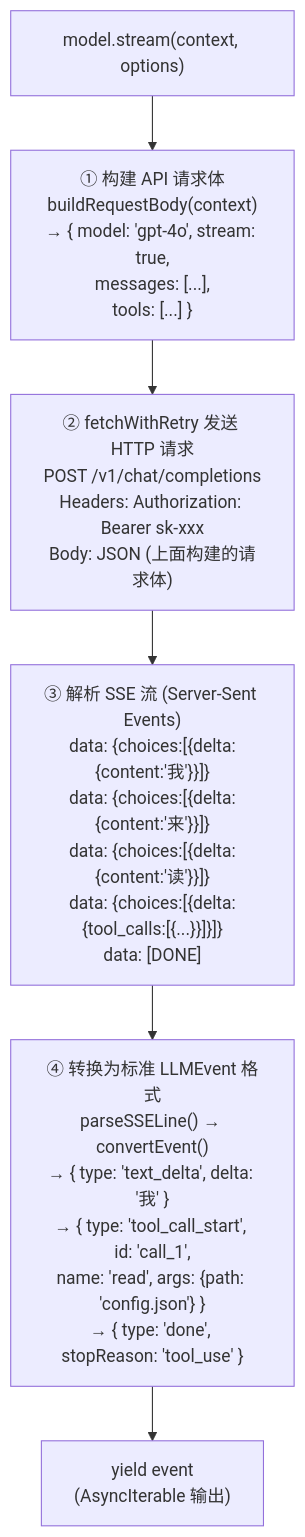
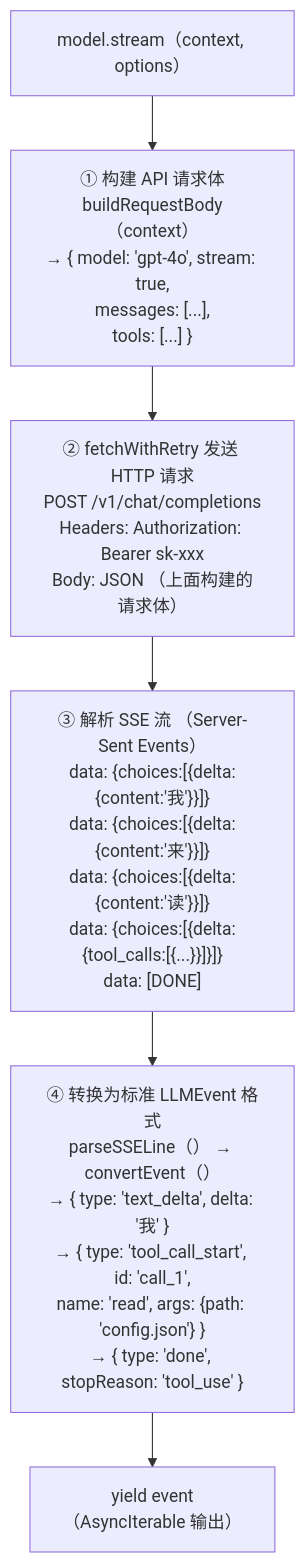
The fifth of 12 diagrams in docs/09-putting-it-together/02-end-to-end-flow.md (KNeegcyao/my-easy-pi), drawn with Mermaid before and after one commit. The commit also changed other lines of this file and 25 other files, not shown here.

First line of the commit message:
fix: 修复 Mermaid 图表语法错误

````diff
--- a/docs/09-putting-it-together/02-end-to-end-flow.md
+++ b/docs/09-putting-it-together/02-end-to-end-flow.md
@@ -208,8 +208,8 @@
 ```mermaid
 flowchart TD
-    Start["model.stream(context, options)"] --> BuildBody["① 构建 API 请求体<br/>buildRequestBody(context)<br/>→ { model: 'gpt-4o', stream: true,<br/>messages: [...],<br/>tools: [...] }"]
-    BuildBody --> Fetch["② fetchWithRetry 发送 HTTP 请求<br/>POST /v1/chat/completions<br/>Headers: Authorization: Bearer sk-xxx<br/>Body: JSON (上面构建的请求体)"]
-    Fetch --> ParseSSE["③ 解析 SSE 流 (Server-Sent Events)<br/>data: {choices:[{delta:{content:'我'}}]}<br/>data: {choices:[{delta:{content:'来'}}]}<br/>data: {choices:[{delta:{content:'读'}}]}<br/>data: {choices:[{delta:{tool_calls:[{...}}]}]}<br/>data: [DONE]"]
-    ParseSSE --> ConvertEvent["④ 转换为标准 LLMEvent 格式<br/>parseSSELine() → convertEvent()<br/>→ { type: 'text_delta', delta: '我' }<br/>→ { type: 'tool_call_start', id: 'call_1',<br/>name: 'read', args: {path: 'config.json'} }<br/>→ { type: 'done', stopReason: 'tool_use' }"]
-    ConvertEvent --> Yield["yield event<br/>(AsyncIterable 输出)"]
+    Start["model.stream（context, options）"] --> BuildBody["① 构建 API 请求体<br/>buildRequestBody（context）<br/>→ { model: 'gpt-4o', stream: true,<br/>messages: [...],<br/>tools: [...] }"]
+    BuildBody --> Fetch["② fetchWithRetry 发送 HTTP 请求<br/>POST /v1/chat/completions<br/>Headers: Authorization: Bearer sk-xxx<br/>Body: JSON （上面构建的请求体）"]
+    Fetch --> ParseSSE["③ 解析 SSE 流 （Server-Sent Events）<br/>data: {choices:[{delta:{content:'我'}}]}<br/>data: {choices:[{delta:{content:'来'}}]}<br/>data: {choices:[{delta:{content:'读'}}]}<br/>data: {choices:[{delta:{tool_calls:[{...}}]}]}<br/>data: [DONE]"]
+    ParseSSE --> ConvertEvent["④ 转换为标准 LLMEvent 格式<br/>parseSSELine（） → convertEvent（）<br/>→ { type: 'text_delta', delta: '我' }<br/>→ { type: 'tool_call_start', id: 'call_1',<br/>name: 'read', args: {path: 'config.json'} }<br/>→ { type: 'done', stopReason: 'tool_use' }"]
+    ConvertEvent --> Yield["yield event<br/>（AsyncIterable 输出）"]
 ```
````
